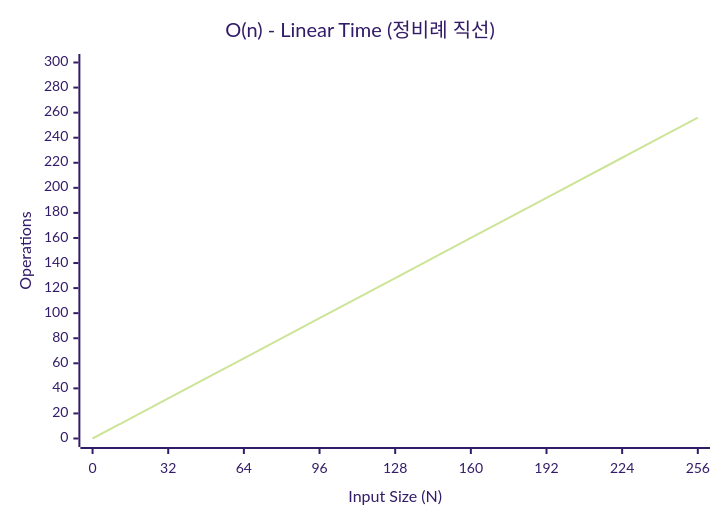
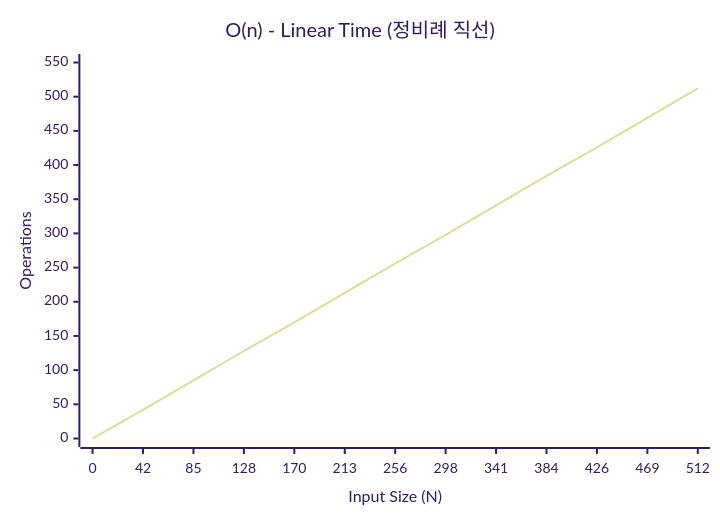
The third of 6 diagrams in 01_inbox/algorithm/algo-complexity-and-big-o.md (youngmin-gwon/what-i-studied), drawn with Mermaid (forest theme) before and after one commit. The commit also changed other lines of this file, not shown here.

````diff
--- a/01_inbox/algorithm/algo-complexity-and-big-o.md
+++ b/01_inbox/algorithm/algo-complexity-and-big-o.md
@@ -80,7 +80,7 @@
 ```mermaid
 xychart-beta
     title "O(n) - Linear Time (정비례 직선)"
-    x-axis "Input Size (N)" [0, 32, 64, 96, 128, 160, 192, 224, 256]
-    y-axis "Operations" 0 --> 300
-    line "O(n)" [0, 32, 64, 96, 128, 160, 192, 224, 256]
+    x-axis "Input Size (N)" [0, 42, 85, 128, 170, 213, 256, 298, 341, 384, 426, 469, 512]
+    y-axis "Operations" 0 --> 550
+    line "O(n)" [0, 42, 85, 128, 170, 213, 256, 298, 341, 384, 426, 469, 512]
 ```
````
